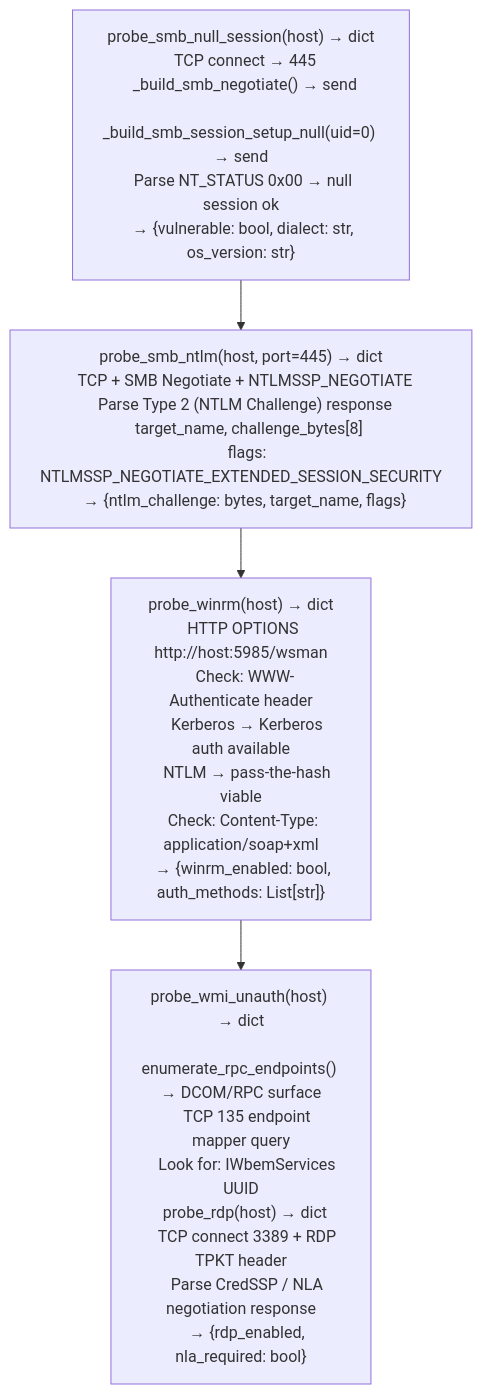
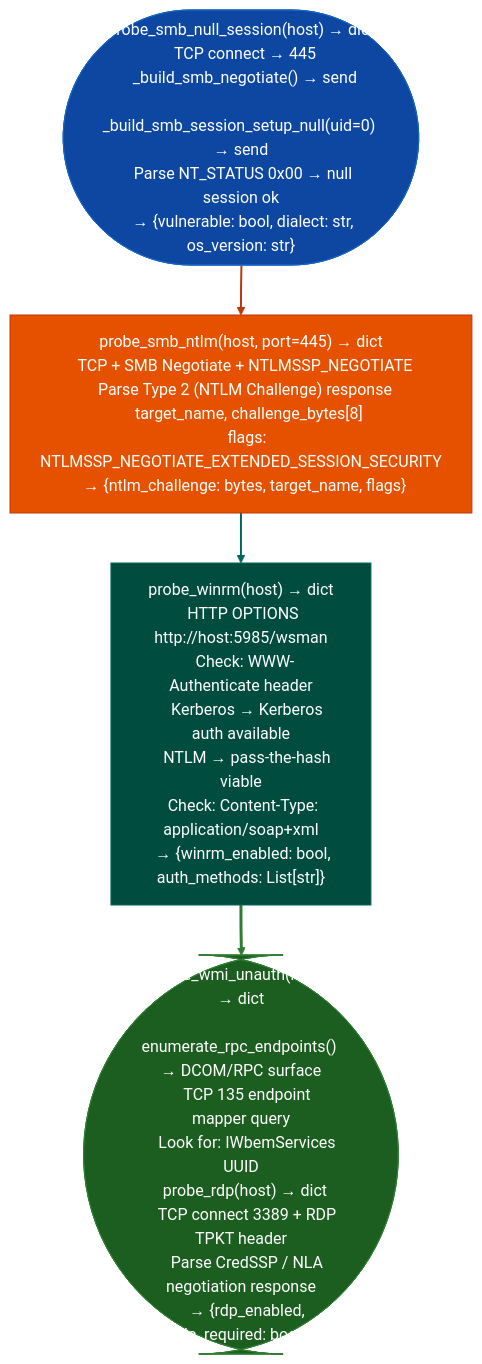
The diagram in docs/reference-modules/remote-management-and-identity-probes.md (Ablation-Tool/ablation), drawn with Mermaid before and after one commit. The commit also changed 320 other files, not shown here.

First line of the commit message:
docs: apply canonical Mermaid template to all 321 diagrams

````diff
--- a/docs/reference-modules/remote-management-and-identity-probes.md
+++ b/docs/reference-modules/remote-management-and-identity-probes.md
@@ -19,6 +19,15 @@
 ```mermaid
 flowchart TD
-    A["probe_smb_null_session(host) → dict\n  TCP connect → 445\n  _build_smb_negotiate() → send\n  _build_smb_session_setup_null(uid=0) → send\n  Parse NT_STATUS 0x00 → null session ok\n  → {vulnerable: bool, dialect: str, os_version: str}"] --> B["probe_smb_ntlm(host, port=445) → dict\n  TCP + SMB Negotiate + NTLMSSP_NEGOTIATE\n  Parse Type 2 (NTLM Challenge) response\n    target_name, challenge_bytes[8]\n    flags: NTLMSSP_NEGOTIATE_EXTENDED_SESSION_SECURITY\n  → {ntlm_challenge: bytes, target_name, flags}"]
-    B --> C["probe_winrm(host) → dict\n  HTTP OPTIONS http://host:5985/wsman\n  Check: WWW-Authenticate header\n    Kerberos → Kerberos auth available\n    NTLM → pass-the-hash viable\n  Check: Content-Type: application/soap+xml\n  → {winrm_enabled: bool, auth_methods: List[str]}"]
-    C --> D["probe_wmi_unauth(host) → dict\n  enumerate_rpc_endpoints() → DCOM/RPC surface\n    TCP 135 endpoint mapper query\n    Look for: IWbemServices UUID\n  probe_rdp(host) → dict\n    TCP connect 3389 + RDP TPKT header\n    Parse CredSSP / NLA negotiation response\n    → {rdp_enabled, nla_required: bool}"]
+    A(["probe_smb_null_session(host) → dict\n  TCP connect → 445\n  _build_smb_negotiate() → send\n  _build_smb_session_setup_null(uid=0) → send\n  Parse NT_STATUS 0x00 → null session ok\n  → {vulnerable: bool, dialect: str, os_version: str}"]):::input --> B["probe_smb_ntlm(host, port=445) → dict\n  TCP + SMB Negotiate + NTLMSSP_NEGOTIATE\n  Parse Type 2 (NTLM Challenge) response\n    target_name, challenge_bytes[8]\n    flags: NTLMSSP_NEGOTIATE_EXTENDED_SESSION_SECURITY\n  → {ntlm_challenge: bytes, target_name, flags}"]:::primary
+    B:::primary --> C["probe_winrm(host) → dict\n  HTTP OPTIONS http://host:5985/wsman\n  Check: WWW-Authenticate header\n    Kerberos → Kerberos auth available\n    NTLM → pass-the-hash viable\n  Check: Content-Type: application/soap+xml\n  → {winrm_enabled: bool, auth_methods: List[str]}"]:::secondary
+    C:::secondary --> D(["probe_wmi_unauth(host) → dict\n  enumerate_rpc_endpoints() → DCOM/RPC surface\n    TCP 135 endpoint mapper query\n    Look for: IWbemServices UUID\n  probe_rdp(host) → dict\n    TCP connect 3389 + RDP TPKT header\n    Parse CredSSP / NLA negotiation response\n    → {rdp_enabled, nla_required: bool}"]):::output
+    classDef input     fill:#0d47a1,stroke:#1565c0,color:#fff
+    classDef primary   fill:#e65100,stroke:#bf360c,color:#fff
+    classDef secondary fill:#004d40,stroke:#00695c,color:#fff
+    classDef tertiary  fill:#4a148c,stroke:#6a1b9a,color:#fff
+    classDef neutral   fill:#37474f,stroke:#546e7a,color:#fff
+    classDef output    fill:#1b5e20,stroke:#2e7d32,color:#fff
+    linkStyle 0 stroke:#bf360c,stroke-width:2px
+    linkStyle 1 stroke:#00695c,stroke-width:2px
+    linkStyle 2 stroke:#2e7d32,stroke-width:3px
 ```
````
